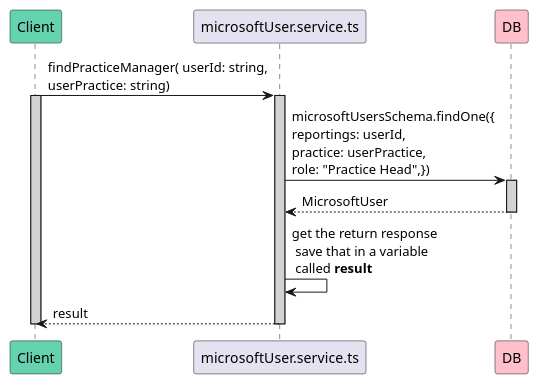
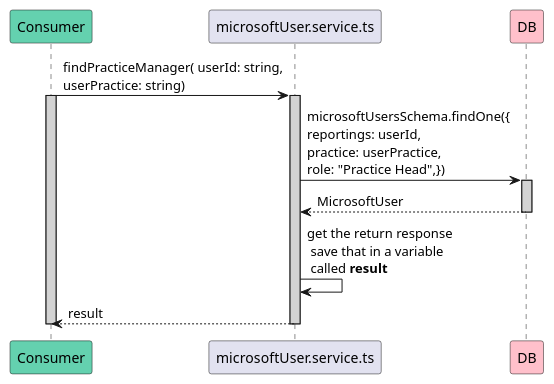
One commit to avasoft-mobility/workday-design changed the diagram in backend/shared_services_design/find_practice_manager.method.puml. Above: the diagram before and after it, drawn with PlantUML. The commit also changed 25 other files, not shown here.

Commit message:
Add consumer instead of Client

```diff
--- a/backend/shared_services_design/find_practice_manager.method.puml
+++ b/backend/shared_services_design/find_practice_manager.method.puml
@@ -1,17 +1,17 @@
 @startuml find_practice_manager
-participant Client #64D1AF
+participant Consumer #64D1AF
 participant microsoftUser.service.ts
 participant DB #FFC0CB
 
-Client -> microsoftUser.service.ts : findPracticeManager( userId: string,\nuserPractice: string)
-activate Client #D3D3D3
+Consumer -> microsoftUser.service.ts : findPracticeManager( userId: string,\nuserPractice: string)
+activate Consumer #D3D3D3
     activate microsoftUser.service.ts #D3D3D3
         microsoftUser.service.ts -> DB : microsoftUsersSchema.findOne({\nreportings: userId,\npractice: userPractice,\nrole: "Practice Head",})
         activate DB #D3D3D3
             microsoftUser.service.ts <-- DB : MicrosoftUser
         deactivate DB
         microsoftUser.service.ts -> microsoftUser.service.ts : get the return response\n save that in a variable\n called **result**
-        Client <-- microsoftUser.service.ts : result
+        Consumer <-- microsoftUser.service.ts : result
     deactivate microsoftUser.service.ts
-deactivate Client
+deactivate Consumer
 @enduml
```
